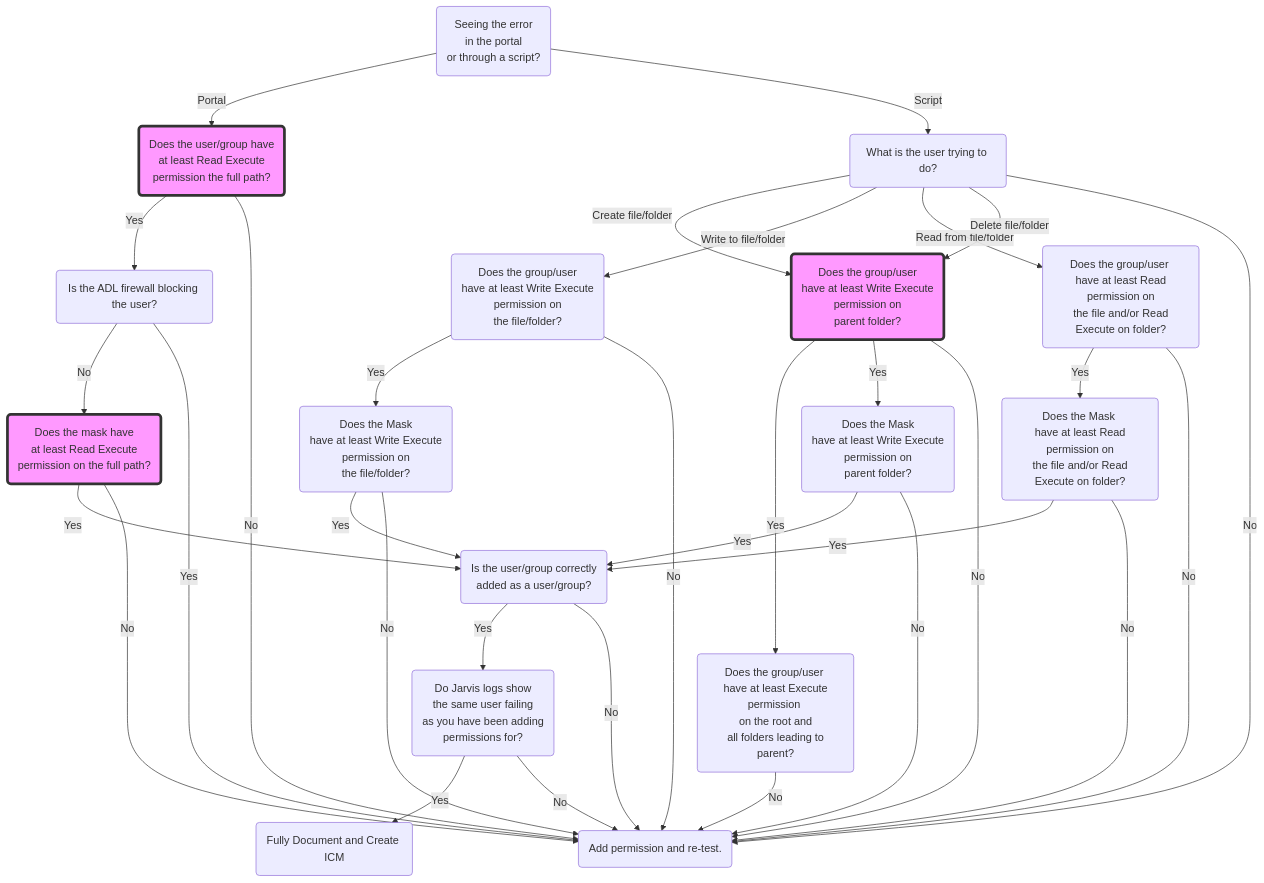
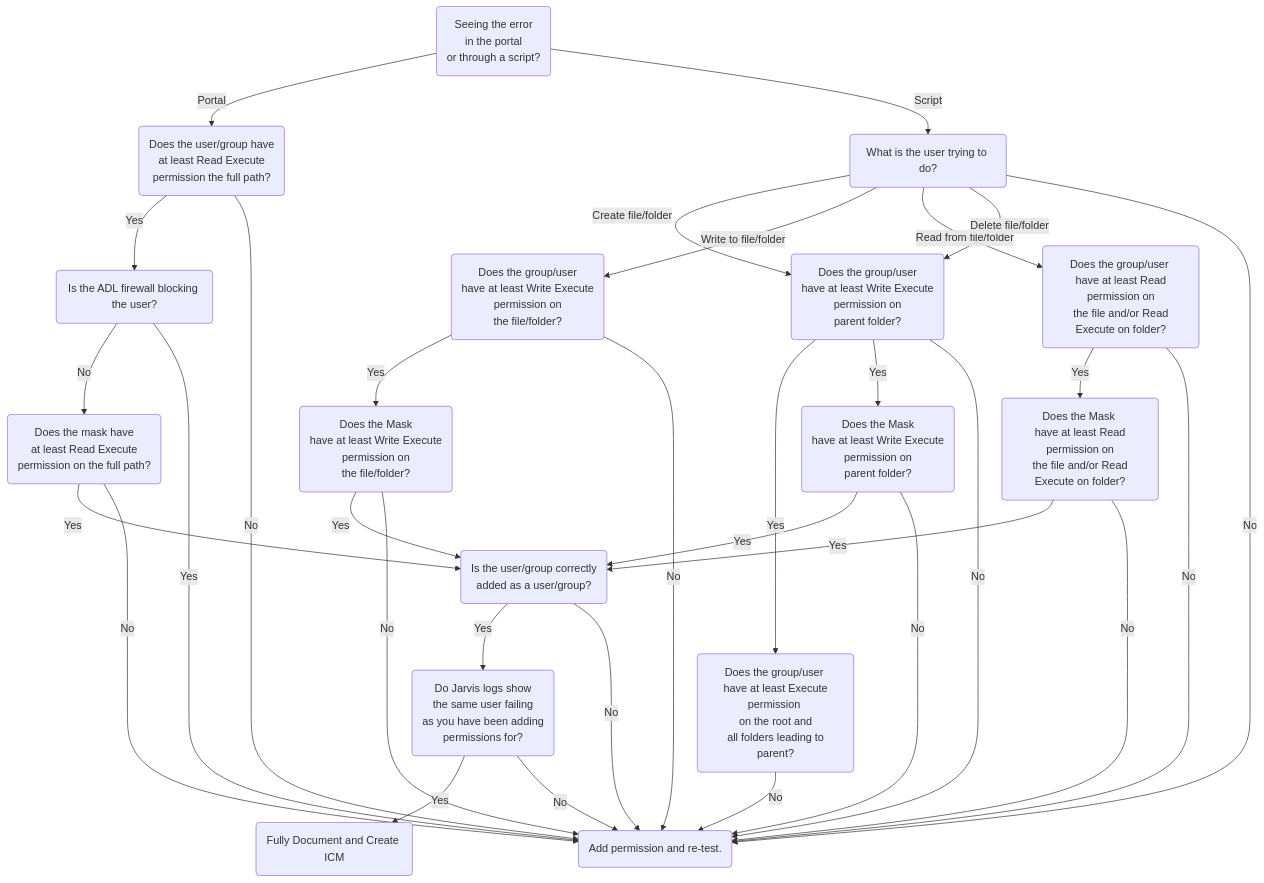
Before and after one commit to santi1s/Big-Data: the diagram in Big-Data/Technical-Troubleshooting/Product-Specific-Troubleshooting/POD-%2D-Data-Movement/Data-Lake-Store/TSGs/Troubleshooting-Access.md, drawn with Mermaid.

Commit message:
Updated Troubleshooting Access

```diff
--- a/Big-Data/Technical-Troubleshooting/Product-Specific-Troubleshooting/POD-%2D-Data-Movement/Data-Lake-Store/TSGs/Troubleshooting-Access.md
+++ b/Big-Data/Technical-Troubleshooting/Product-Specific-Troubleshooting/POD-%2D-Data-Movement/Data-Lake-Store/TSGs/Troubleshooting-Access.md
@@ -17,48 +17,45 @@
 ::: mermaid
 graph TD
 A(Seeing the error <br> in the portal<br> or through a script?) -->|Portal| C(Does the user/group have <br> at least Read Execute <br> permission the full path?)
 C -->|Yes| G(Is the ADL firewall blocking the user?)
 G -->|No| D(Does the mask have <br> at least Read Execute<br> permission on the full path?)
 D -->|Yes| E(Is the user/group correctly <br> added as a user/group?)
 E -->|Yes| F(Do Jarvis logs show <br> the same user failing <br> as you have been adding <br> permissions for?)
 
 A -->|Script| H(What is the user trying to do?)
 
 H -->|Create file/folder| I(Does the group/user <br> have at least Write Execute <br> permission on <br> parent folder?)
 H -->|Write to file/folder| M(Does the group/user <br> have at least Write Execute <br> permission on <br> the file/folder?)
 H -->|Read from file/folder| K(Does the group/user <br> have at least Read <br> permission on <br> the file and/or Read Execute on folder?)
 H -->|Delete file/folder| I
 
 I -->|Yes| J(Does the group/user <br> have at least Execute permission <br> on the root and <br> all folders leading to parent?)
 
 I -->|Yes| N(Does the Mask <br> have at least Write Execute <br> permission on <br> parent folder?)
 M -->|Yes| O(Does the Mask <br> have at least Write Execute <br> permission on <br> the file/folder?)
 K -->|Yes| P(Does the Mask <br> have at least Read <br> permission on <br> the file and/or Read Execute on folder?)
 
 N--> |Yes| E
 O --> |Yes| E
 P --> |Yes| E
 
 C -->|No| Z
 G -->|Yes| Z
 D -->|No| Z
 E -->|No| Z
 F -->|Yes| Y
 F -->|No| Z
 H -->|No| Z
 I -->|No| Z
 J --> |No| Z
 M --> |No| Z
 K --> |No| Z
 N--> |No| Z
 O --> |No| Z
 P --> |No| Z
 
 
 Y(Fully Document and Create ICM)
 Z(Add permission and re-test.)
 
-    style D fill:#f9f,stroke:#333,stroke-width:4px
- style C fill:#f9f,stroke:#333,stroke-width:4px
- style I fill:#f9f,stroke:#333,stroke-width:4px
 :::
```
